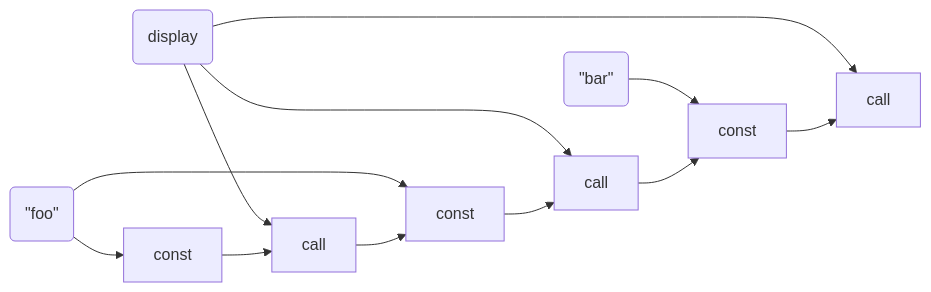
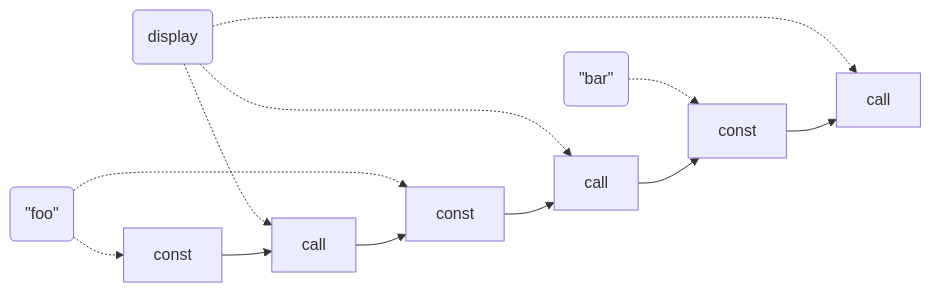
One commit to raviqqe/doc changed the diagram in slides/papers/stak-scheme/duplicate-strings.mmd. Above: the diagram before and after it, drawn with Mermaid. The commit also changed 1 other file, not shown here.

```diff
--- a/slides/papers/stak-scheme/duplicate-strings.mmd
+++ b/slides/papers/stak-scheme/duplicate-strings.mmd
@@ -1,10 +1,10 @@
 flowchart LR
-  d0(#quot;foo#quot;) --> c0
-  d0 --> c2
-  d1(#quot;bar#quot;) --> c4
-  d2(display) --> c1
-  d2 --> c3
-  d2 --> c5
+  d0(#quot;foo#quot;) -.-> c0
+  d0 -.-> c2
+  d1(#quot;bar#quot;) -.-> c4
+  d2(display) -.-> c1
+  d2 -.-> c3
+  d2 -.-> c5
   c0[const ] --> c1[call] --> c2
   c2[const] --> c3[call] --> c4
   c4[const] --> c5[call]
```
